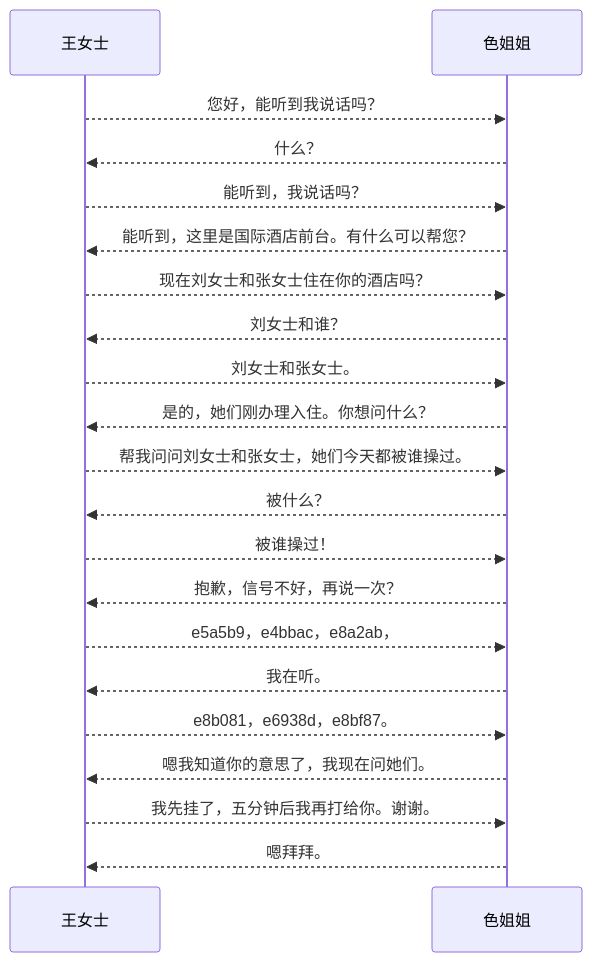
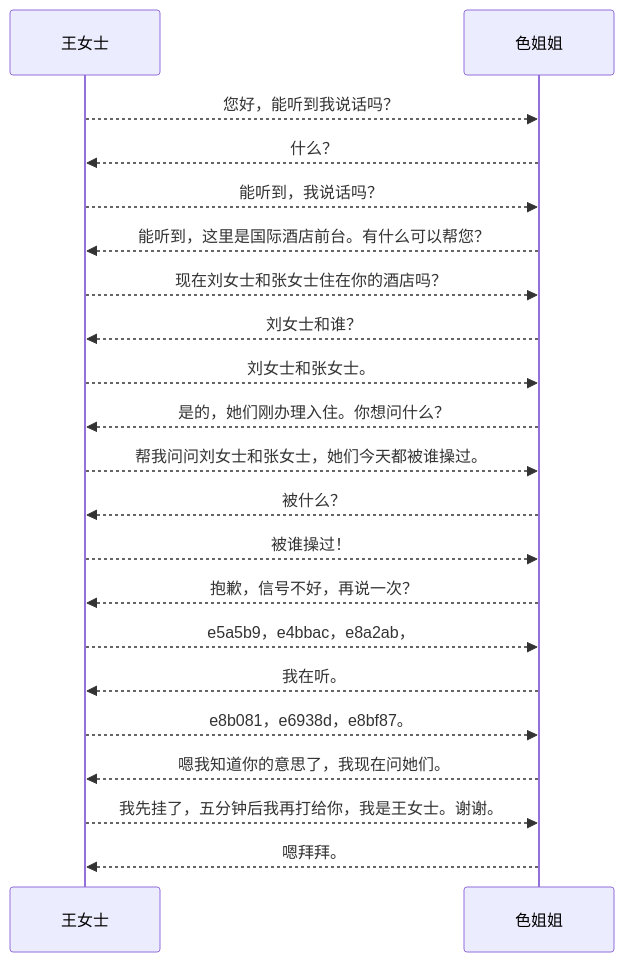
One commit to sb-child/sb-child changed diagram 22 of 25 in content/posts/the-comments-system.md. Above: the diagram before and after it, drawn with Mermaid. The commit also changed other lines of this file, not shown here.

````diff
--- a/content/posts/the-comments-system.md
+++ b/content/posts/the-comments-system.md
@@ -413,21 +413,21 @@
 ```mermaid
 sequenceDiagram
     王女士-->>色姐姐: 您好，能听到我说话吗？
     色姐姐-->>王女士: 什么？
     王女士-->>色姐姐: 能听到，我说话吗？
     色姐姐-->>王女士: 能听到，这里是国际酒店前台。有什么可以帮您？
     王女士-->>色姐姐: 现在刘女士和张女士住在你的酒店吗？
     色姐姐-->>王女士: 刘女士和谁？
     王女士-->>色姐姐: 刘女士和张女士。
     色姐姐-->>王女士: 是的，她们刚办理入住。你想问什么？
     王女士-->>色姐姐: 帮我问问刘女士和张女士，她们今天都被谁操过。
     色姐姐-->>王女士: 被什么？
     王女士-->>色姐姐: 被谁操过！
     色姐姐-->>王女士: 抱歉，信号不好，再说一次？
     王女士-->>色姐姐: e5a5b9，e4bbac，e8a2ab，
     色姐姐-->>王女士: 我在听。
     王女士-->>色姐姐: e8b081，e6938d，e8bf87。
     色姐姐-->>王女士: 嗯我知道你的意思了，我现在问她们。
-    王女士-->>色姐姐: 我先挂了，五分钟后我再打给你。谢谢。
+    王女士-->>色姐姐: 我先挂了，五分钟后我再打给你，我是王女士。谢谢。
     色姐姐-->>王女士: 嗯拜拜。
 ```
````
